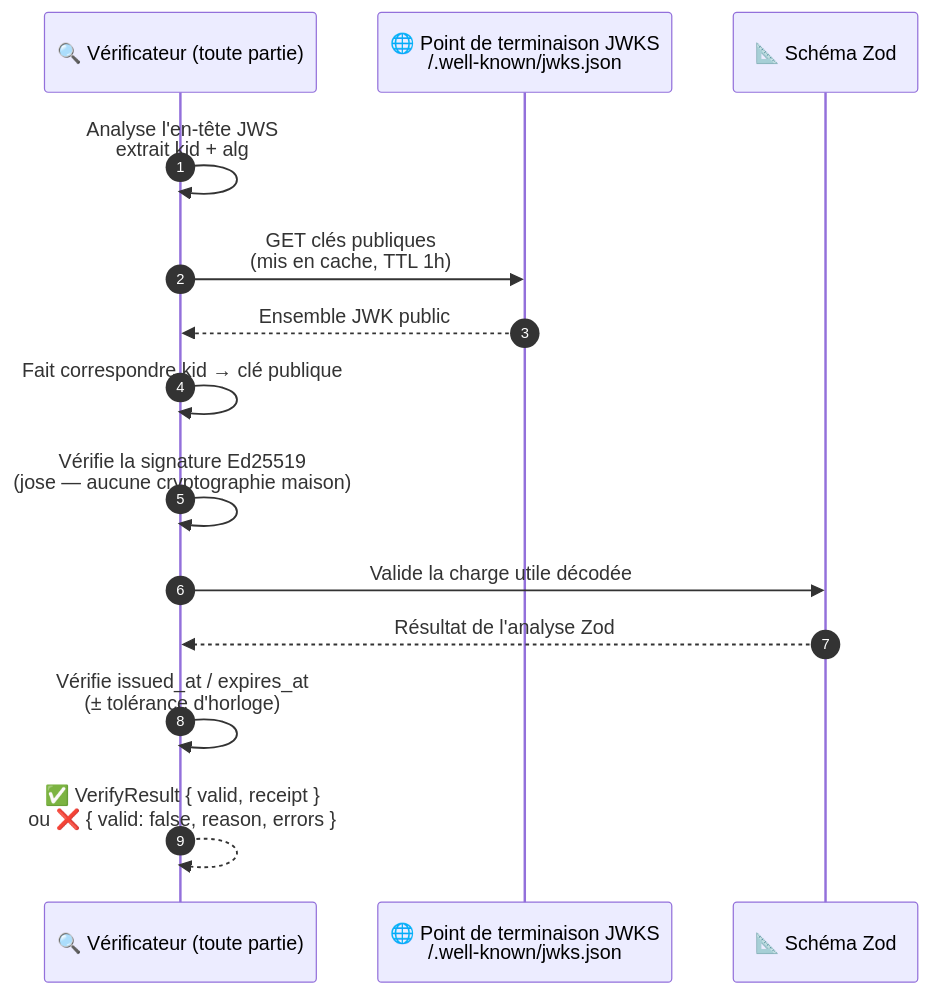
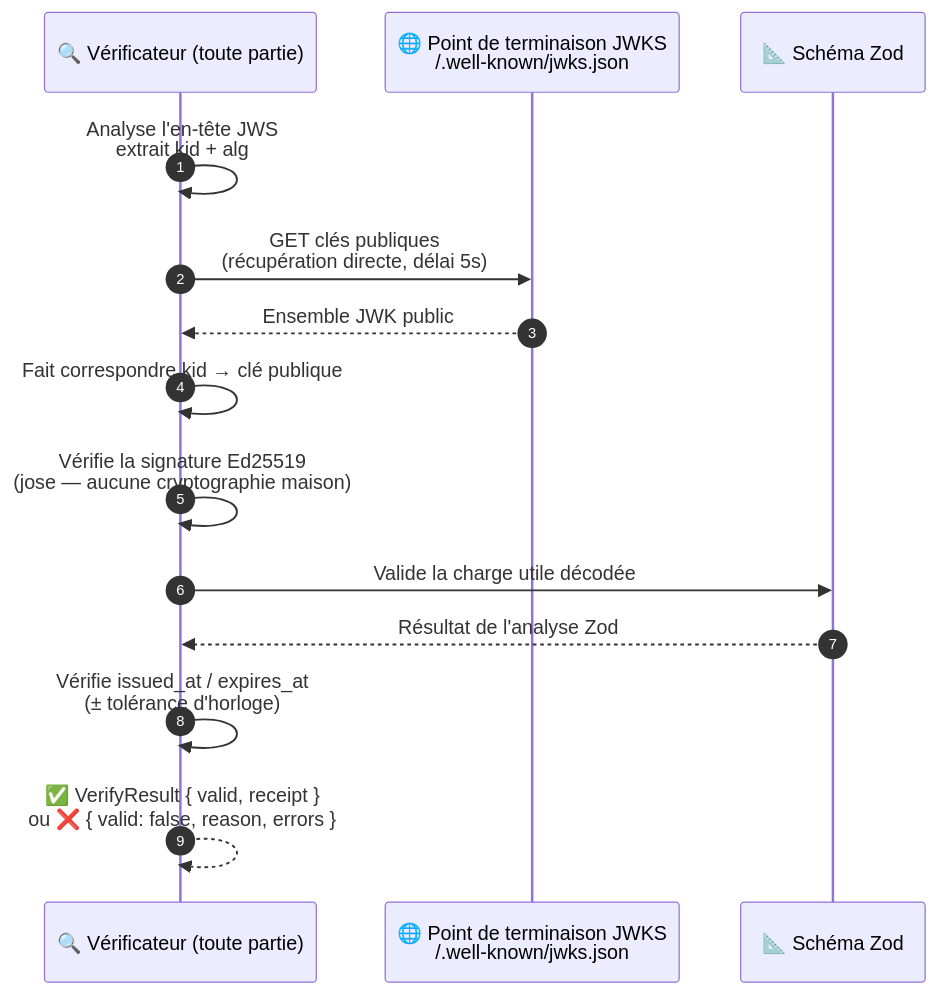
The second of 3 diagrams in README.fr.md (Trusteedxyz/Trust-Receipt-Verifier), drawn with Mermaid before and after one commit. The commit also changed other lines of this file and 17 other files, not shown here.

````diff
--- a/README.fr.md
+++ b/README.fr.md
@@ -102,17 +102,17 @@
 ```mermaid
 sequenceDiagram
     autonumber
     participant Verifier as 🔍 Vérificateur (toute partie)
     participant JWKS as 🌐 Point de terminaison JWKS<br/>/.well-known/jwks.json
     participant Schema as 📐 Schéma Zod
 
     Verifier->>Verifier: Analyse l'en-tête JWS<br/>extrait kid + alg
-    Verifier->>JWKS: GET clés publiques<br/>(mis en cache, TTL 1h)
+    Verifier->>JWKS: GET clés publiques<br/>(récupération directe, délai 5s)
     JWKS-->>Verifier: Ensemble JWK public
     Verifier->>Verifier: Fait correspondre kid → clé publique
     Verifier->>Verifier: Vérifie la signature Ed25519<br/>(jose — aucune cryptographie maison)
     Verifier->>Schema: Valide la charge utile décodée
     Schema-->>Verifier: Résultat de l'analyse Zod
     Verifier->>Verifier: Vérifie issued_at / expires_at<br/>(± tolérance d'horloge)
     Verifier-->>Verifier: ✅ VerifyResult { valid, receipt }<br/>ou ❌ { valid: false, reason, errors }
 ```
````
